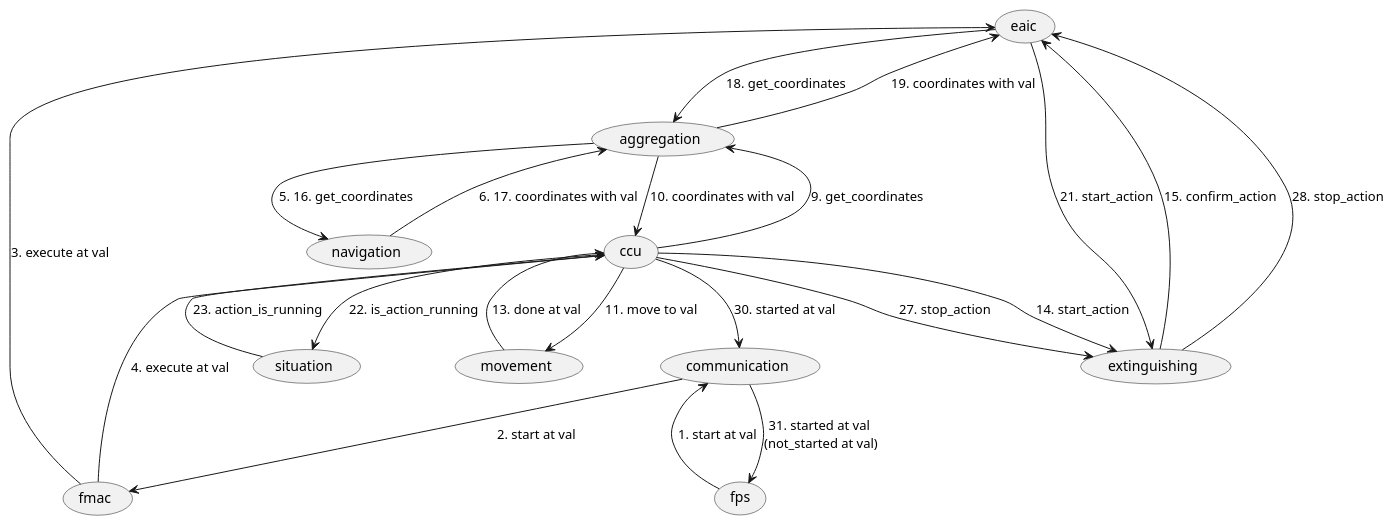
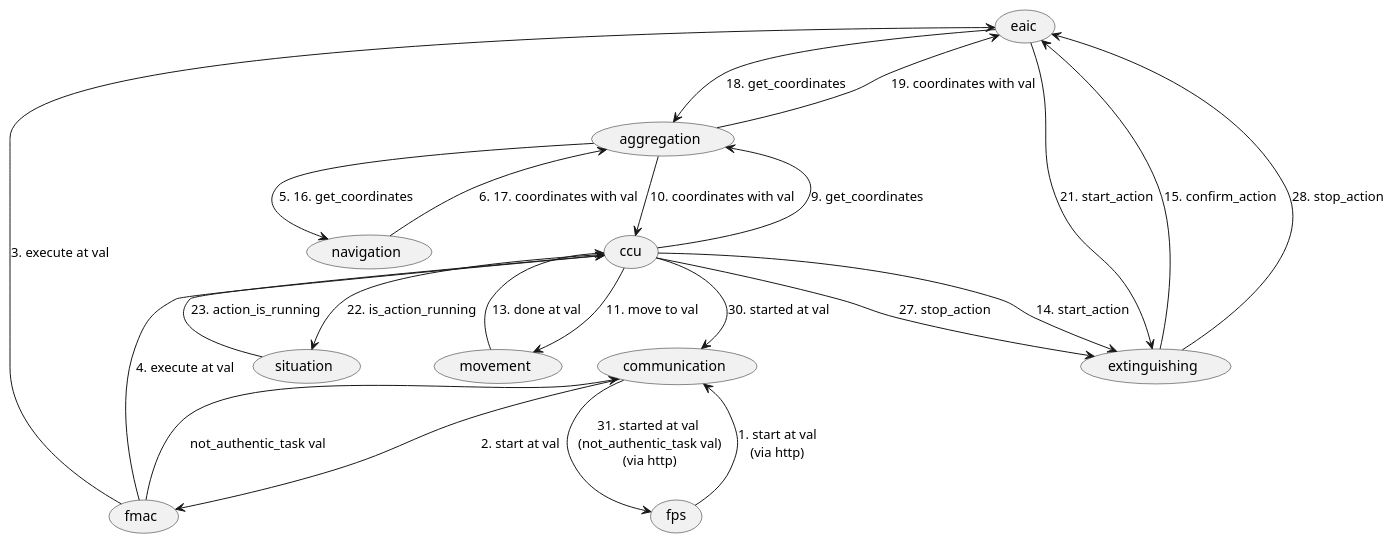
The diagram in dev.md (YuraBeznos/FireFighter-drone), drawn with PlantUML before and after one commit. The commit also changed other lines of this file and 5 other files, not shown here.

Commit message:
feat: tcp/http interface for fps/communication

````diff
--- a/dev.md
+++ b/dev.md
@@ -36,25 +36,26 @@
 ```plantuml:md-interconnection
 @startuml
-(fps) --> (communication) : 1. start at val
+(fps) --> (communication) : 1. start at val\n(via http)
 communication --> (fmac) : 2. start at val
-communication --> (fps) : 31. started at val \n(not_started at val)
+communication --> (fps) : 31. started at val \n(not_authentic_task val)\n(via http)
 fmac --> (eaic) : 3. execute at val
+fmac --> (communication) : not_authentic_task val
 fmac --> (ccu) : 4. execute at val
 eaic -> (aggregation) : 18. get_coordinates
 eaic --> (extinguishing) : 21. start_action
 ccu -> (aggregation) : 9. get_coordinates
 ccu --> (movement) : 11. move to val
 ccu --> (extinguishing) : 14. start_action
 ccu --> (extinguishing) : 27. stop_action
 ccu --> (situation) : 22. is_action_running
 ccu --> (communication) : 30. started at val
 aggregation --> (navigation) : 5. 16. get_coordinates
 aggregation --> (ccu) : 10. coordinates with val
 aggregation --> (eaic) : 19. coordinates with val
 navigation --> (aggregation) : 6. 17. coordinates with val
 movement --> (ccu) : 13. done at val
 situation --> (ccu) : 23. action_is_running
 extinguishing --> (eaic) : 15. confirm_action
 extinguishing --> (eaic) : 28. stop_action
 @enduml
 ```
````
